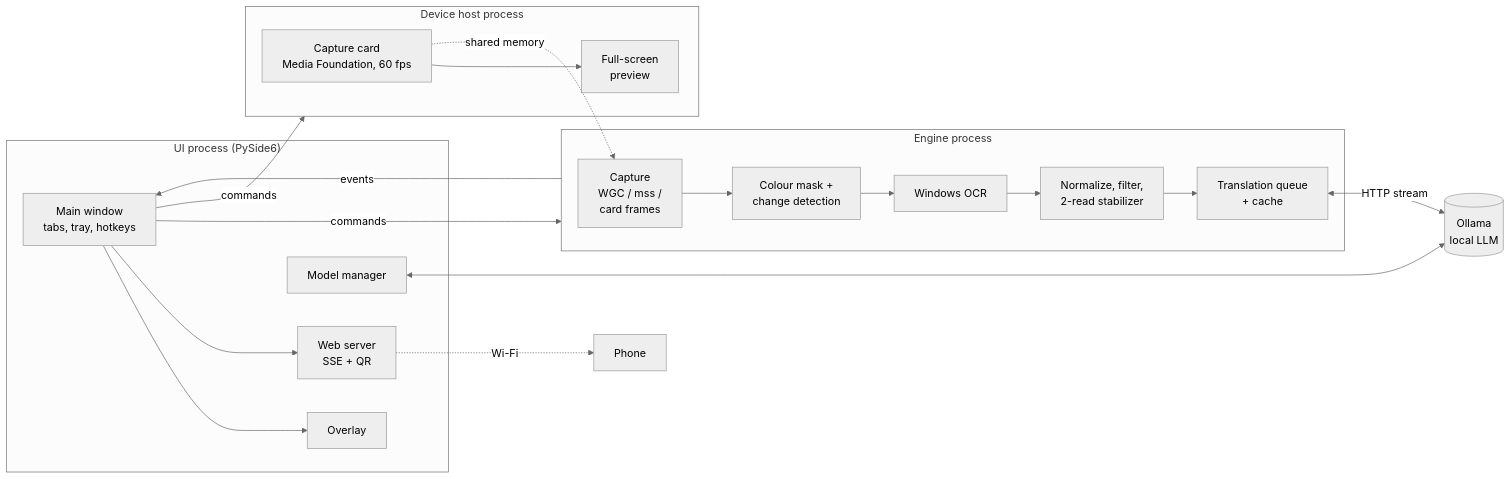
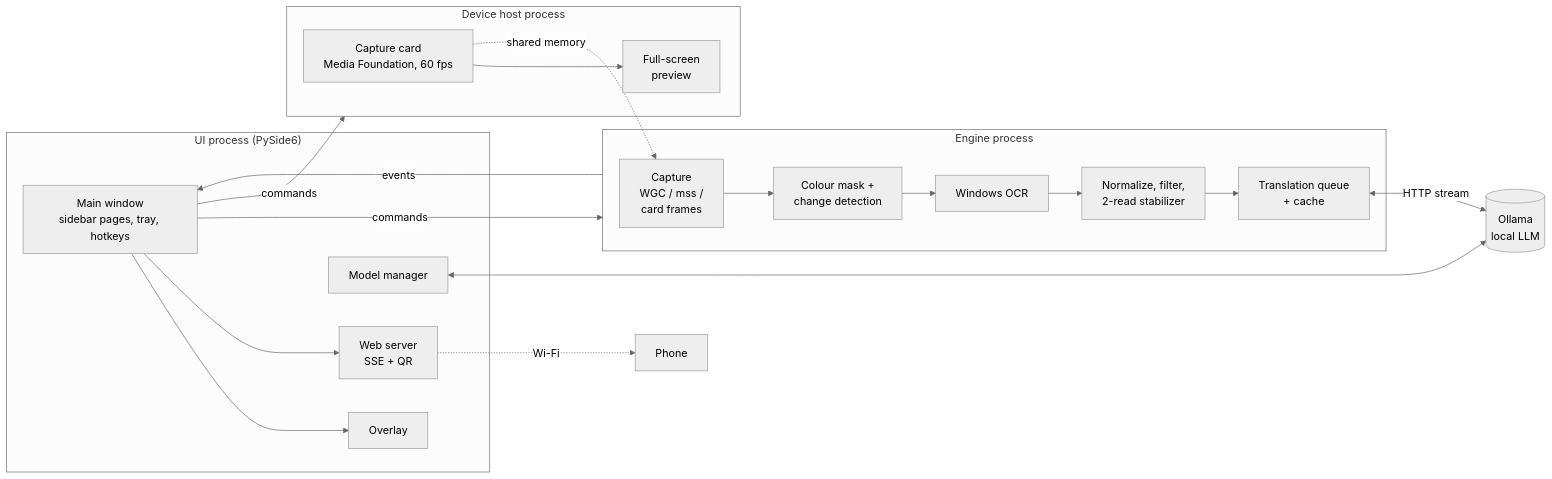
The diagram in README.md (MertCodur-0/LiveSubs), drawn with Mermaid (neutral theme) before and after one commit. The commit also changed other lines of this file and 6 other files, not shown here.

````diff
--- a/README.md
+++ b/README.md
@@ -57,27 +58,27 @@
 ```mermaid
 flowchart LR
     subgraph UI["UI process (PySide6)"]
-        MW[Main window<br/>tabs, tray, hotkeys]
+        MW[Main window<br/>sidebar pages, tray, hotkeys]
         OV[Overlay]
         WEB[Web server<br/>SSE + QR]
         MM[Model manager]
     end
     subgraph DEV["Device host process"]
         CARD[Capture card<br/>Media Foundation, 60 fps] --> PRE[Full-screen<br/>preview]
     end
     subgraph ENG["Engine process"]
         CAP[Capture<br/>WGC / mss /<br/>card frames] --> VIS[Colour mask +<br/>change detection]
         VIS --> OCR[Windows OCR]
         OCR --> TXT[Normalize, filter,<br/>2-read stabilizer]
         TXT --> TR[Translation queue<br/>+ cache]
     end
     TR <-->|HTTP stream| OL[(Ollama<br/>local LLM)]
     MM <--> OL
     MW -- commands --> ENG
     ENG -- events --> MW
     MW -- commands --> DEV
     CARD -.->|shared memory| CAP
     MW --> OV
     MW --> WEB
     WEB -.->|Wi-Fi| PHONE[Phone]
 ```
````
